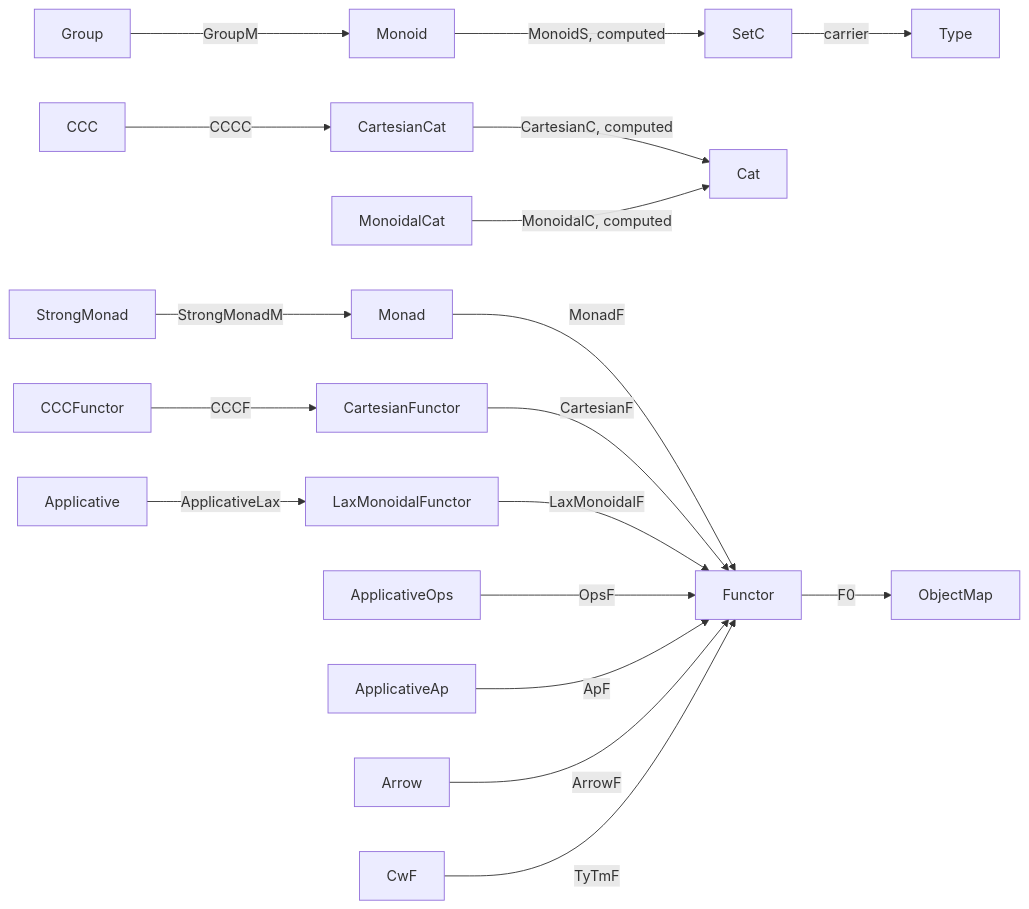
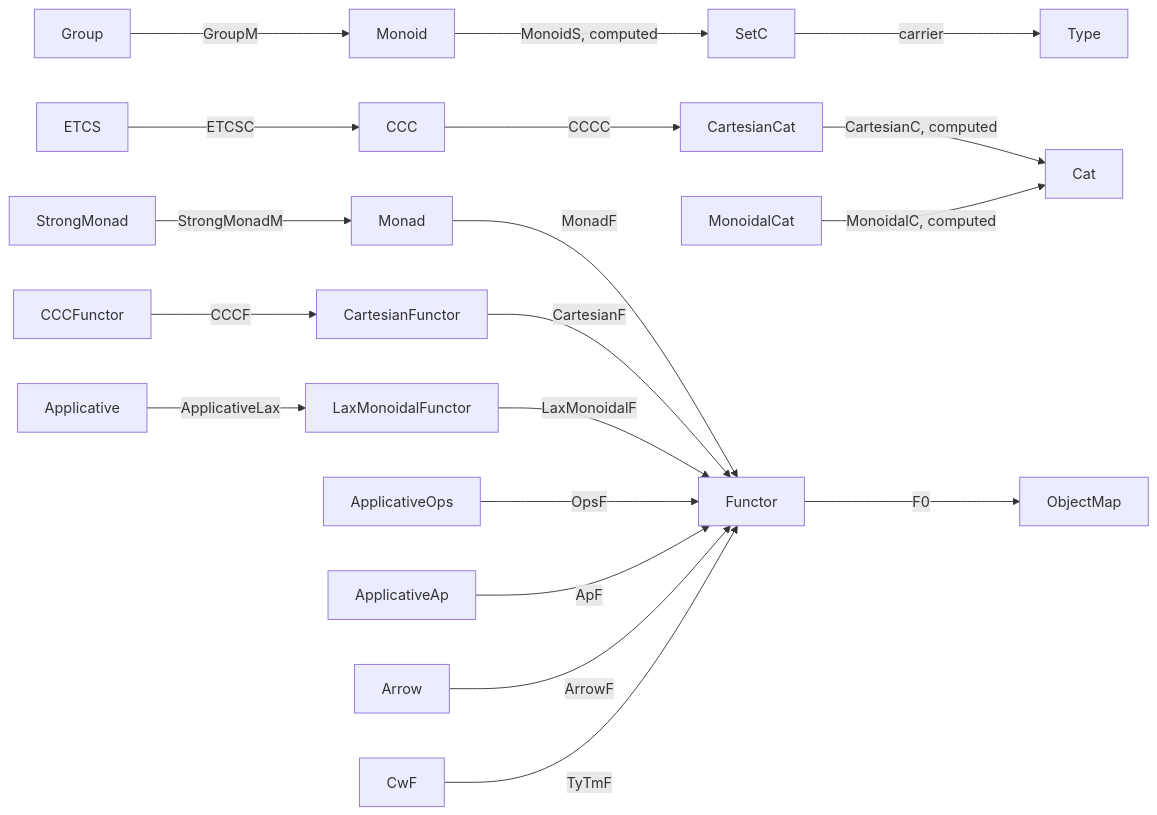
One commit to Godalin/rocq-cats changed the diagram in docs/BundledInterfaces.md. Above: the diagram before and after it, drawn with Mermaid. The commit also changed other lines of this file and 1 other file, not shown here.

Commit message:
Share the CCC parent throughout the ETCS hierarchy

````diff
--- a/docs/BundledInterfaces.md
+++ b/docs/BundledInterfaces.md
@@ -671,20 +671,21 @@
 ```mermaid
 flowchart LR
   Group -->|GroupM| Monoid
   Monoid -->|MonoidS, computed| SetC
   SetC -->|carrier| Type
+  ETCS -->|ETCSC| CCC
   CCC -->|CCCC| CartesianCat
   CartesianCat -->|CartesianC, computed| Cat
   MonoidalCat -->|MonoidalC, computed| Cat
   StrongMonad -->|StrongMonadM| Monad
   Monad -->|MonadF| Functor
   CCCFunctor -->|CCCF| CartesianFunctor
   CartesianFunctor -->|CartesianF| Functor
   Applicative -->|ApplicativeLax| LaxMonoidalFunctor
   LaxMonoidalFunctor -->|LaxMonoidalF| Functor
   ApplicativeOps -->|OpsF| Functor
   ApplicativeAp -->|ApF| Functor
   Arrow -->|ArrowF| Functor
   CwF -->|TyTmF| Functor
   Functor -->|F0| ObjectMap
 ```
````
